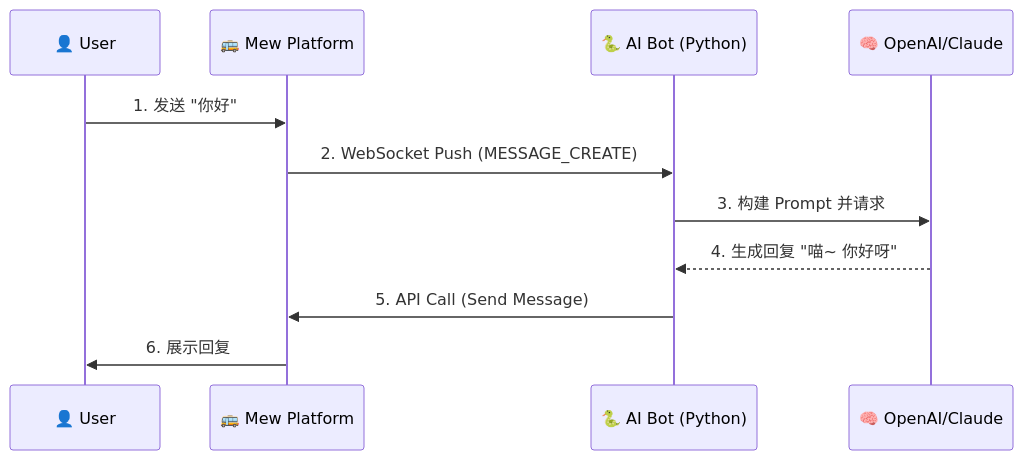
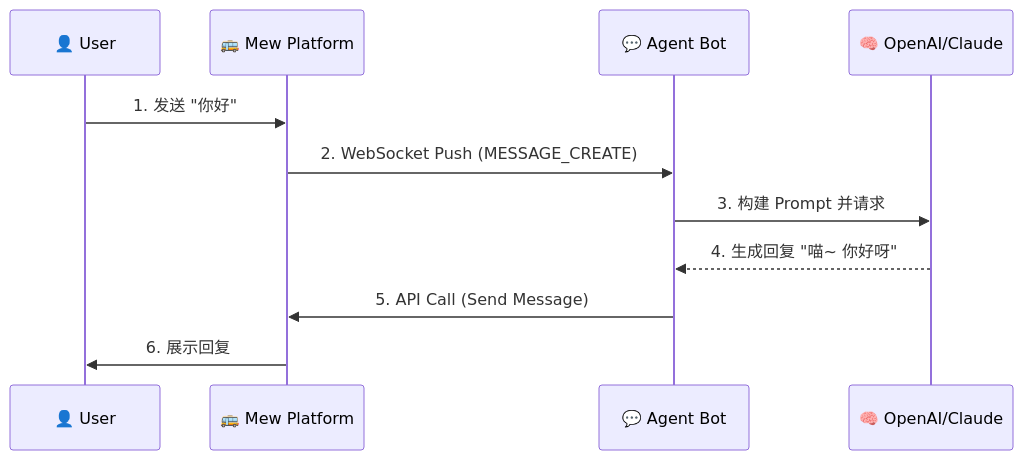
The second of 2 diagrams in website/docs/bot-sdk/bot-ecosystem.md (U1805/mew), drawn with Mermaid before and after one commit. The commit also changed other lines of this file and 20 other files, not shown here.

````diff
--- a/website/docs/bot-sdk/bot-ecosystem.md
+++ b/website/docs/bot-sdk/bot-ecosystem.md
@@ -57,14 +57,14 @@
 ```mermaid
 sequenceDiagram
     participant User as 👤 User
     participant Mew as 🚌 Mew Platform
-    participant Bot as 🐍 AI Bot (Python)
+    participant Bot as 💬 Agent Bot
     participant LLM as 🧠 OpenAI/Claude
 
     User->>Mew: 1. 发送 "你好"
     Mew->>Bot: 2. WebSocket Push (MESSAGE_CREATE)
     Bot->>LLM: 3. 构建 Prompt 并请求
     LLM-->>Bot: 4. 生成回复 "喵~ 你好呀"
     Bot->>Mew: 5. API Call (Send Message)
     Mew->>User: 6. 展示回复
 ```
````
